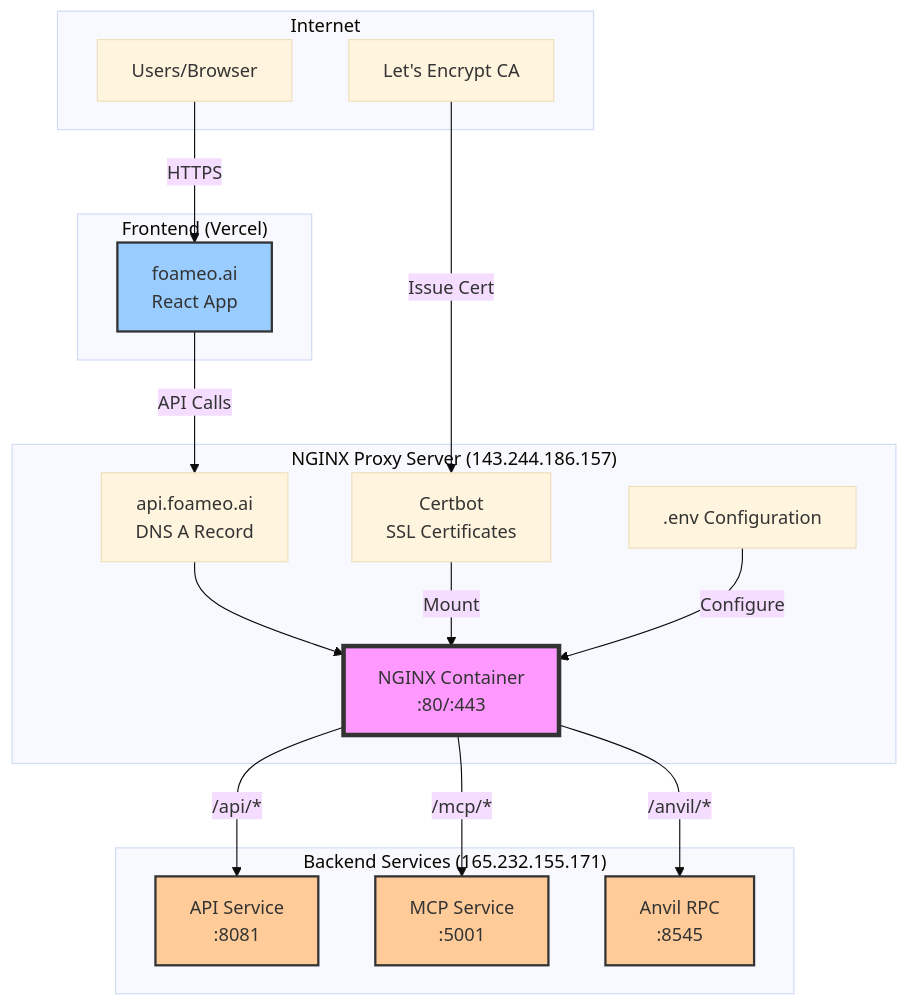
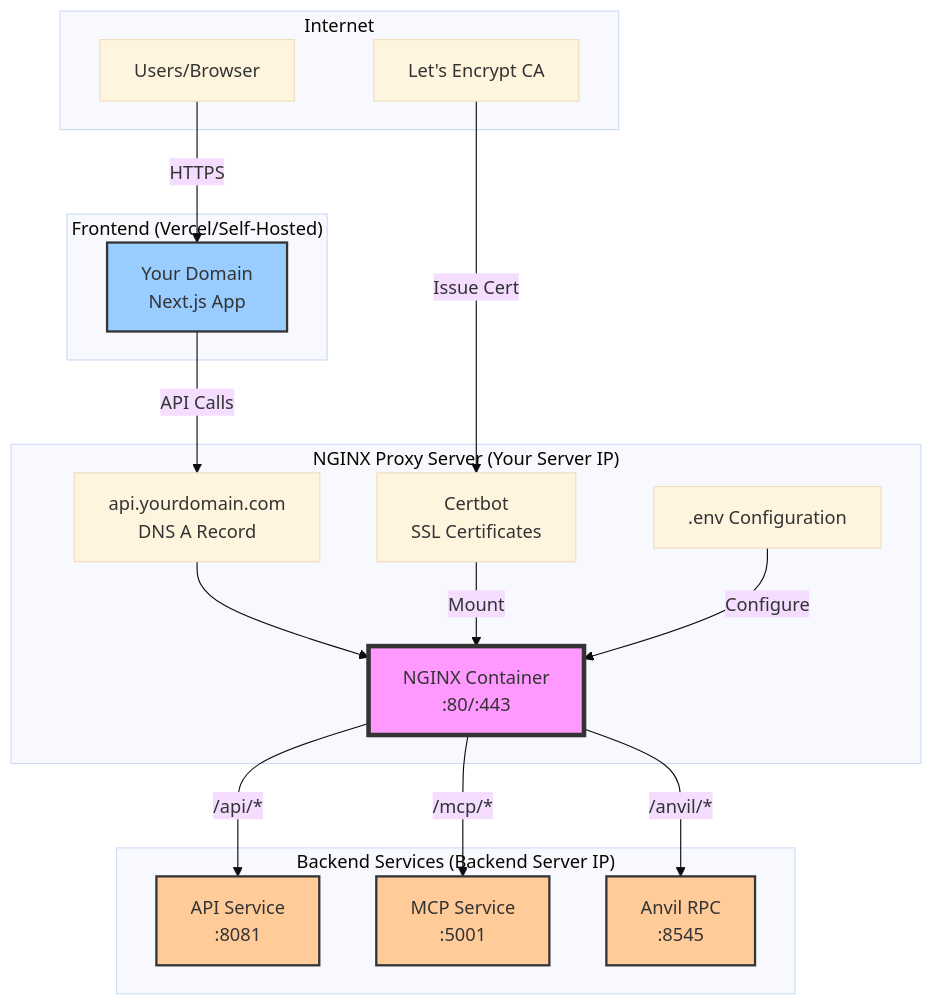
One commit to aomi-labs/product-mono changed the first of 2 diagrams in docker/nginx/NGINX-SETUP.md. Above: the diagram before and after it, drawn with Mermaid (base theme). The commit also changed other lines of this file and 8 other files, not shown here.

````diff
--- a/docker/nginx/NGINX-SETUP.md
+++ b/docker/nginx/NGINX-SETUP.md
@@ -13,41 +13,41 @@
 ```mermaid
 graph TB
     subgraph "Internet"
         User[Users/Browser]
         LE[Let's Encrypt CA]
     end
     
-    subgraph "Frontend (Vercel)"
-        FE[foameo.ai<br/>React App]
+    subgraph "Frontend (Vercel/Self-Hosted)"
+        FE[Your Domain<br/>Next.js App]
     end
     
-    subgraph "NGINX Proxy Server (143.244.186.157)"
-        DNS[api.foameo.ai<br/>DNS A Record]
+    subgraph "NGINX Proxy Server (Your Server IP)"
+        DNS[api.yourdomain.com<br/>DNS A Record]
         NGINX[NGINX Container<br/>:80/:443]
         CERT[Certbot<br/>SSL Certificates]
         ENV[.env Configuration]
     end
     
-    subgraph "Backend Services (165.232.155.171)"
+    subgraph "Backend Services (Backend Server IP)"
         API[API Service<br/>:8081]
         MCP[MCP Service<br/>:5001]
         ANVIL[Anvil RPC<br/>:8545]
     end
     
     User -->|HTTPS| FE
     FE -->|API Calls| DNS
     DNS --> NGINX
     LE -->|Issue Cert| CERT
     CERT -->|Mount| NGINX
     ENV -->|Configure| NGINX
     
     NGINX -->|/api/*| API
     NGINX -->|/mcp/*| MCP
     NGINX -->|/anvil/*| ANVIL
     
     style NGINX fill:#f9f,stroke:#333,stroke-width:4px
     style FE fill:#9cf,stroke:#333,stroke-width:2px
     style API fill:#fc9,stroke:#333,stroke-width:2px
     style MCP fill:#fc9,stroke:#333,stroke-width:2px
     style ANVIL fill:#fc9,stroke:#333,stroke-width:2px
 ```
````
